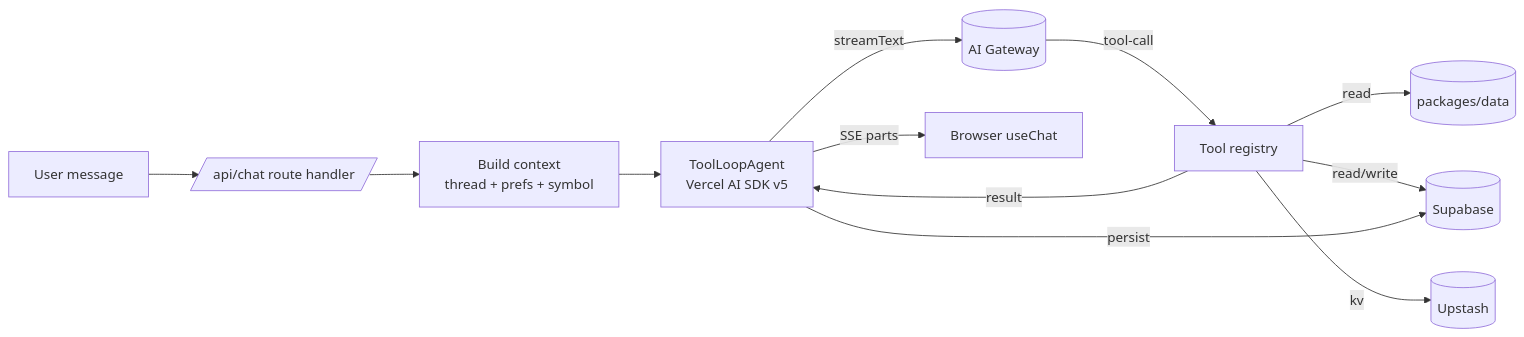
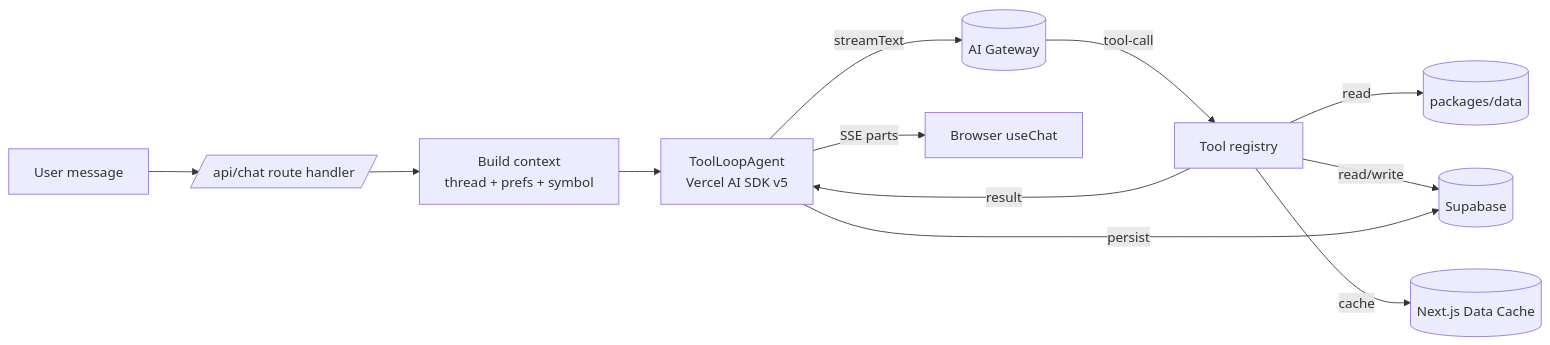
The diagram in docs/07-ai-agent.md (HamaFx/Kestrel), drawn with Mermaid before and after one commit. The commit also changed 16 other files, not shown here.

````diff
--- a/docs/07-ai-agent.md
+++ b/docs/07-ai-agent.md
@@ -7,14 +7,14 @@
 ```mermaid
 flowchart LR
     U[User message] --> CR[/api/chat route handler/]
     CR --> CTX[Build context<br/>thread + prefs + symbol]
     CTX --> TLA[ToolLoopAgent<br/>Vercel AI SDK v5]
     TLA -->|streamText| GW[(AI Gateway)]
     GW -->|tool-call| T[Tool registry]
     T -->|read| D[(packages/data)]
     T -->|read/write| DB[(Supabase)]
-    T -->|kv| R[(Upstash)]
+    T -->|cache| C[(Next.js Data Cache)]
     T -->|result| TLA
     TLA -->|SSE parts| UI[Browser useChat]
     TLA -->|persist| DB
 ```
````
